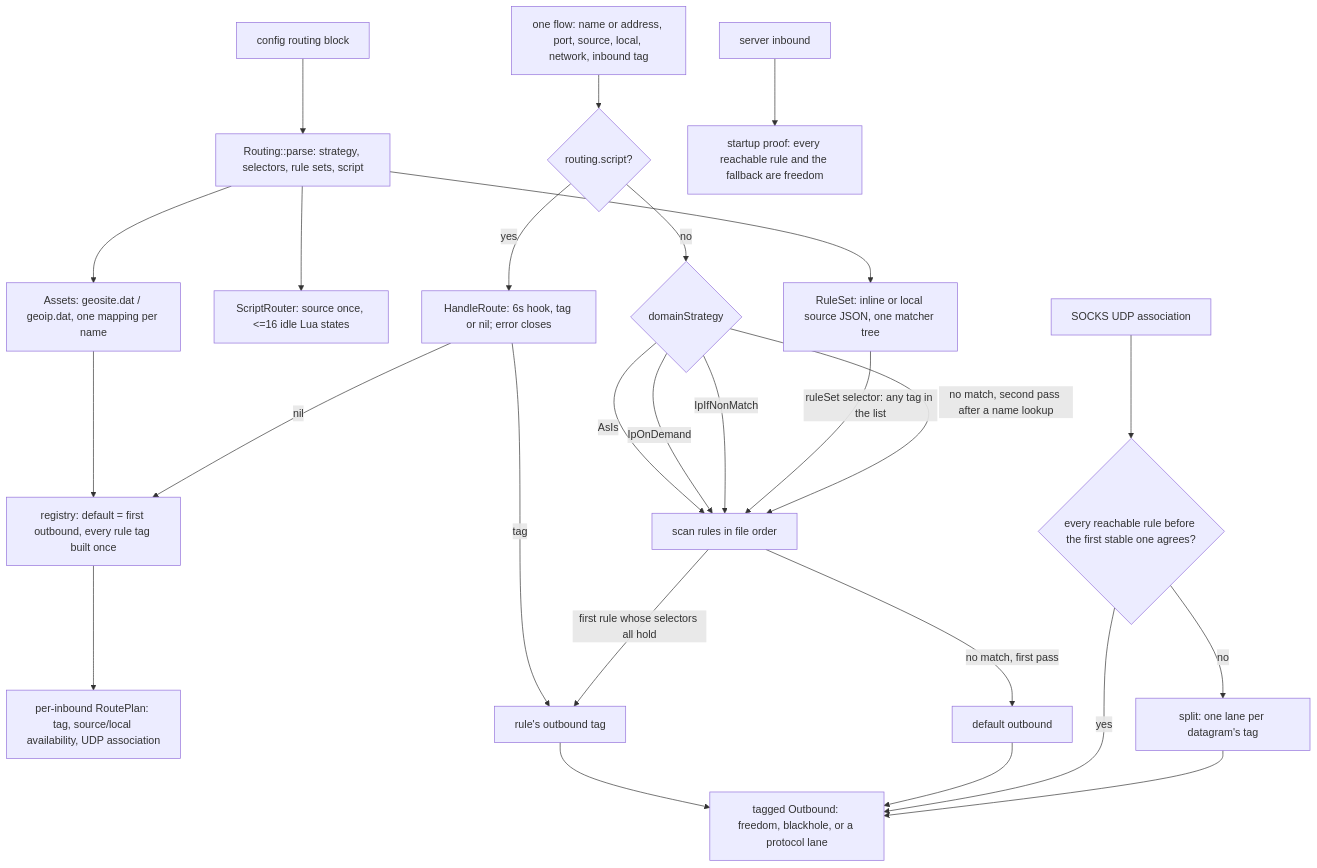
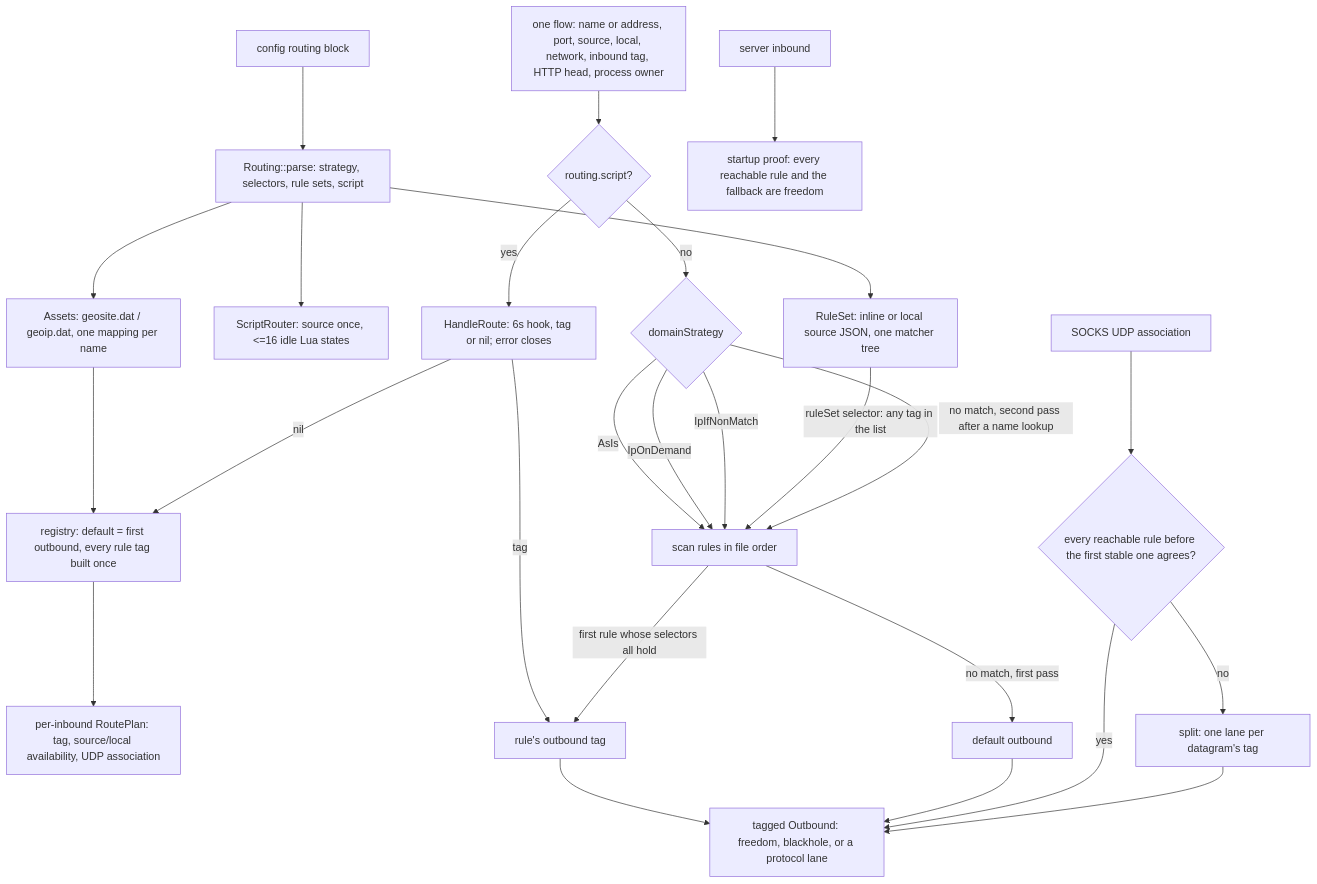
The diagram in docs/function/engine-router.md (Ferrocite/ferrox), drawn with Mermaid before and after one commit. The commit also changed other lines of this file and 7 other files, not shown here.

First line of the commit message:
routing: match a process rule on the socket's owning process

````diff
--- a/docs/function/engine-router.md
+++ b/docs/function/engine-router.md
@@ -15,28 +15,28 @@
 ```mermaid
 graph TD
     C["config routing block"] --> P["Routing::parse: strategy, selectors, rule sets, script"]
     P --> A["Assets: geosite.dat / geoip.dat, one mapping per name"]
     P --> X["ScriptRouter: source once, <=16 idle Lua states"]
     P --> E["RuleSet: inline or local source JSON, one matcher tree"]
     A --> R["registry: default = first outbound, every rule tag built once"]
     R --> I["per-inbound RoutePlan: tag, source/local availability, UDP association"]
-    F["one flow: name or address, port, source, local, network, inbound tag"] --> H{"routing.script?"}
+    F["one flow: name or address, port, source, local, network, inbound tag, HTTP head, process owner"] --> H{"routing.script?"}
     H -- yes --> L["HandleRoute: 6s hook, tag or nil; error closes"]
     H -- no --> S{"domainStrategy"}
     L -- tag --> T
     L -- nil --> R
     S -- AsIs --> M["scan rules in file order"]
     S -- IpOnDemand --> M
     S -- IpIfNonMatch --> M
     M -- "first rule whose selectors all hold" --> T["rule's outbound tag"]
     E -- "ruleSet selector: any tag in the list" --> M
     M -- "no match, first pass" --> D["default outbound"]
     S -- "no match, second pass after a name lookup" --> M
     T --> O["tagged Outbound: freedom, blackhole, or a protocol lane"]
     D --> O
     U["SOCKS UDP association"] --> Q{"every reachable rule before the first stable one agrees?"}
     Q -- yes --> O
     Q -- no --> W["split: one lane per datagram's tag"]
     W --> O
     V["server inbound"] --> G["startup proof: every reachable rule and the fallback are freedom"]
 ```
````
